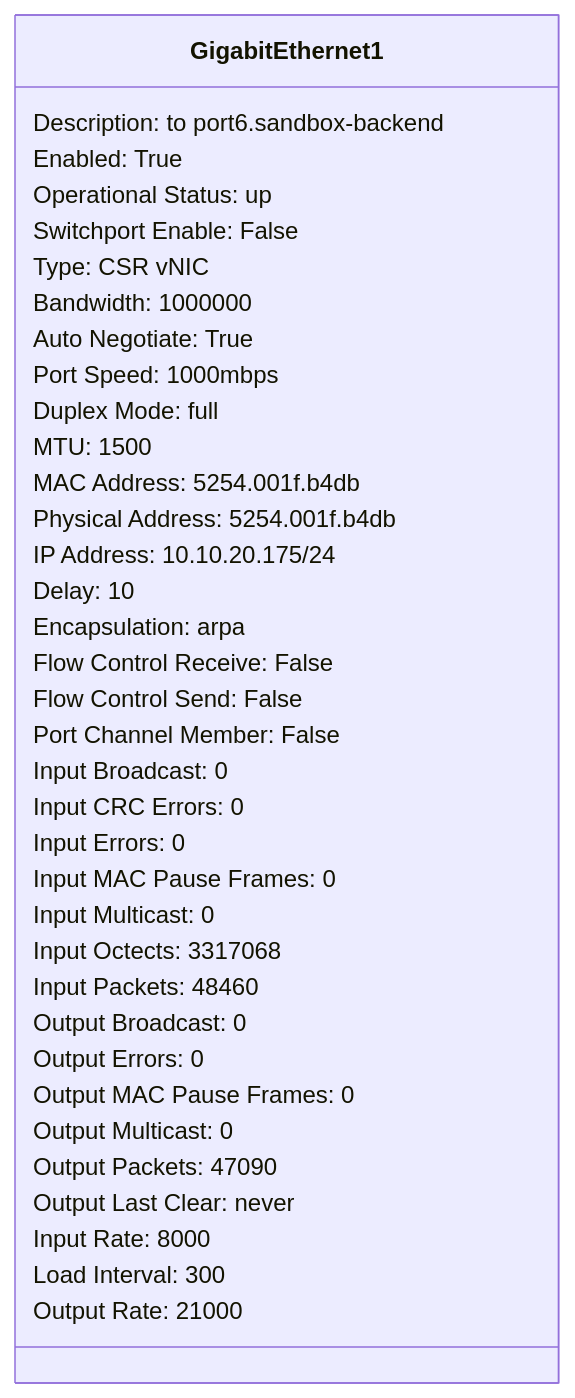
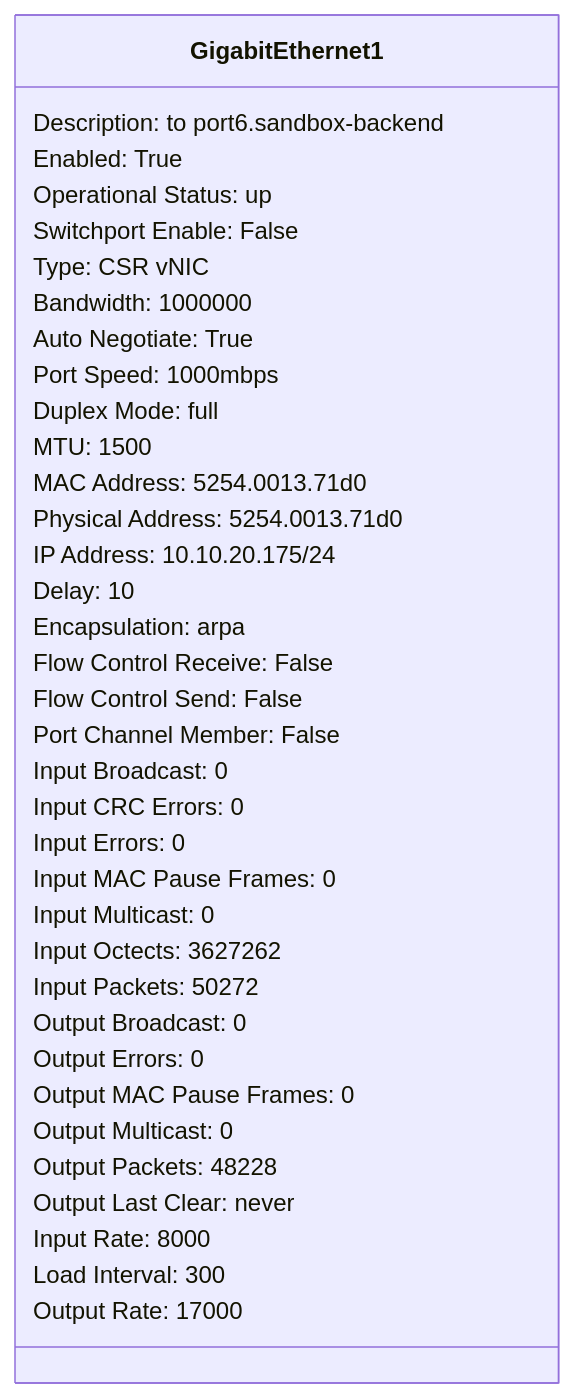
Before and after one commit to automateyournetwork/pyYAHTS: the first of 7 diagrams in Examples/IOS-XE/dist-rtr01 interface class.md, drawn with Mermaid. The commit also changed other lines of this file and 34 other files, not shown here.

Commit message:
ios-xe class diagrams

````diff
--- a/Examples/IOS-XE/dist-rtr01 interface class.md
+++ b/Examples/IOS-XE/dist-rtr01 interface class.md
@@ -3,41 +3,41 @@
 ```mermaid
 classDiagram
 class GigabitEthernet1{
 Description: to port6.sandbox-backend
 Enabled: True
 Operational Status: up
 Switchport Enable: False
 Type: CSR vNIC
 Bandwidth: 1000000
 Auto Negotiate: True
 Port Speed: 1000mbps
 Duplex Mode: full
 MTU: 1500
-MAC Address: 5254.001f.b4db
-Physical Address: 5254.001f.b4db
+MAC Address: 5254.0013.71d0
+Physical Address: 5254.0013.71d0
 IP Address: 10.10.20.175/24
 Delay: 10
 Encapsulation: arpa
 Flow Control Receive: False
 Flow Control Send: False
 
 
 Port Channel Member: False
 Input Broadcast: 0
 Input CRC Errors: 0
 Input Errors: 0
 Input MAC Pause Frames: 0
 Input Multicast: 0
-Input Octects: 3317068
-Input Packets: 48460
+Input Octects: 3627262
+Input Packets: 50272
 Output Broadcast: 0
 Output Errors: 0
 Output MAC Pause Frames: 0
 Output Multicast: 0
-Output Packets: 47090
+Output Packets: 48228
 Output Last Clear: never
 Input Rate: 8000
 Load Interval: 300
-Output Rate: 21000
+Output Rate: 17000
 }
 ```
````
